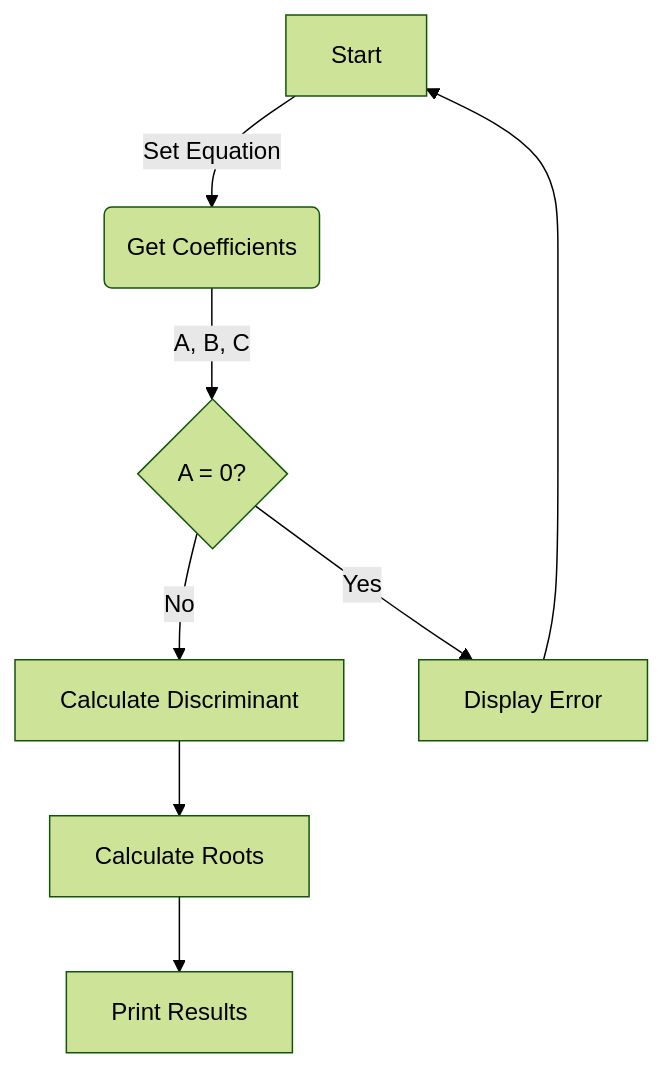
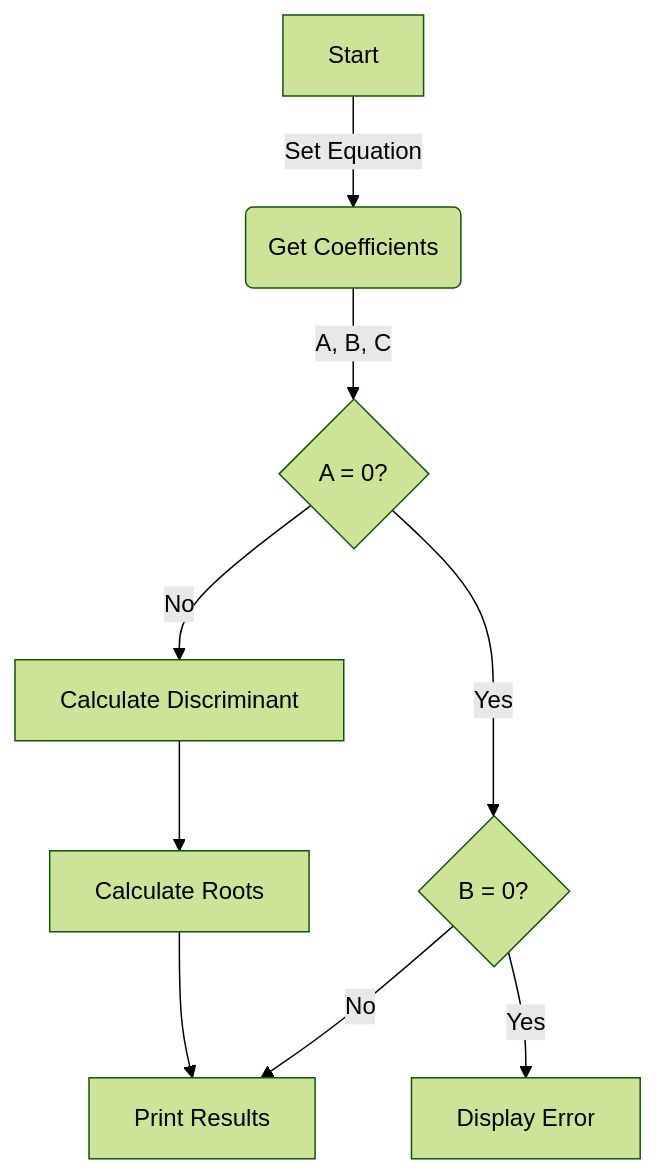
Before and after one commit to jumpogpo/KMITL-CS-28: the diagram in Year2/Analysis_and_Desgin_of_Algorithms_6236/Lab1/flowchart.md, drawn with Mermaid (forest theme). The commit also changed 3 other files, not shown here.

````diff
--- a/Year2/Analysis_and_Desgin_of_Algorithms_6236/Lab1/flowchart.md
+++ b/Year2/Analysis_and_Desgin_of_Algorithms_6236/Lab1/flowchart.md
@@ -1,10 +1,11 @@
 ```mermaid
 graph TD
   A[Start] -->|Set Equation| B(Get Coefficients)
   B -->|A, B, C| C{A = 0?}
   C -- No --> D[Calculate Discriminant]
   D --> E[Calculate Roots]
   E --> F[Print Results]
-  C -- Yes --> G[Display Error]
-  G --> A
+  C -- Yes --> G{B = 0?}
+  G -- Yes --> H[Display Error]
+  G -- No --> F
 ```
````
